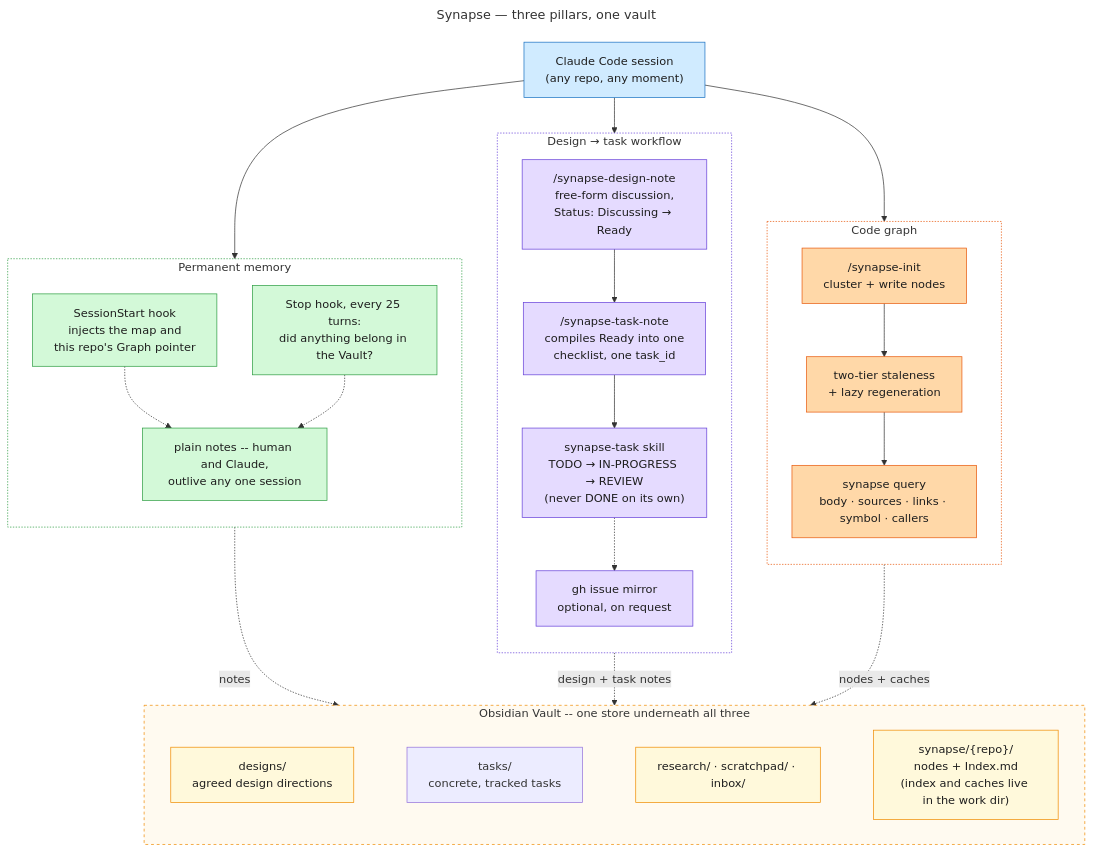
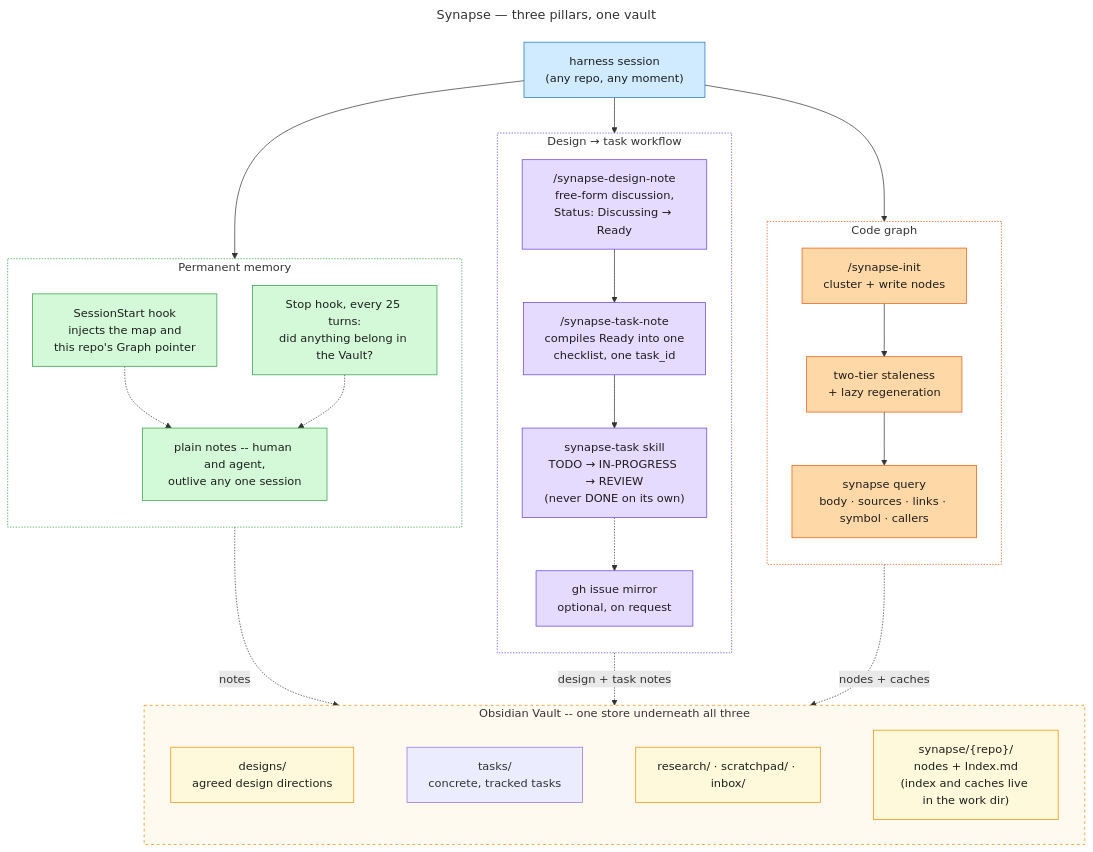
One commit to imunitic/synapse changed the diagram in docs/synapse/diagrams/synapse-overview.mmd. Above: the diagram before and after it, drawn with Mermaid. The commit also changed 5 other files, not shown here.

First line of the commit message:
docs(synapse): genericize diagram wording past Claude Code

```diff
--- a/docs/synapse/diagrams/synapse-overview.mmd
+++ b/docs/synapse/diagrams/synapse-overview.mmd
@@ -1,76 +1,76 @@
 ---
 title: Synapse — three pillars, one vault
 ---
 %% A capability-level map, not an architecture diagram -- docs/README.md's "three
 %% components" (Vault / Graph / Tools) describes what things ARE; this describes
 %% what a session actually GETS. The three pillar boxes are deliberately drawn the
 %% same size: the Graph is mechanically the most complex (two staleness tiers, a
 %% tags cache, tree-sitter), but conceptually it is one of three, not the main
 %% event -- sizing them equally is the point, not an oversight. (Subgraph titles
 %% stay one line on purpose -- a <br/> in a subgraph label, unlike a node label,
 %% collides with the first node instead of wrapping.)
 flowchart TB
     classDef session fill:#d0ebff,stroke:#1971c2,color:#1e1e1e
     classDef memory fill:#d3f9d8,stroke:#2f9e44,color:#1e1e1e
     classDef workflow fill:#e5dbff,stroke:#6741d9,color:#1e1e1e
     classDef codegraph fill:#ffd8a8,stroke:#e8590c,color:#1e1e1e
     classDef vault fill:#fff9db,stroke:#f08c00,color:#1e1e1e
 
-    SESSION["Claude Code session<br/>(any repo, any moment)"]
+    SESSION["harness session<br/>(any repo, any moment)"]
 
     subgraph MEM["Permanent memory"]
         direction TB
         M1["SessionStart hook<br/>injects the map and<br/>this repo's Graph pointer"]
         M2["Stop hook, every 25 turns:<br/>did anything belong in the Vault?"]
-        M3["plain notes -- human and Claude,<br/>outlive any one session"]
+        M3["plain notes -- human and agent,<br/>outlive any one session"]
         M1 -.-> M3
         M2 -.-> M3
     end
 
     subgraph WORK["Design → task workflow"]
         direction TB
         W1["/synapse-design-note<br/>free-form discussion,<br/>Status: Discussing → Ready"]
         W2["/synapse-task-note<br/>compiles Ready into one<br/>checklist, one task_id"]
         W3["synapse-task skill<br/>TODO → IN-PROGRESS → REVIEW<br/>(never DONE on its own)"]
         W4["gh issue mirror<br/>optional, on request"]
         W1 --> W2 --> W3 -.-> W4
     end
 
     subgraph GRAPH["Code graph"]
         direction TB
         G1["/synapse-init<br/>cluster + write nodes"]
         G2["two-tier staleness<br/>+ lazy regeneration"]
         G3["synapse query<br/>body · sources · links · symbol · callers"]
         G1 --> G2 --> G3
     end
 
     subgraph VAULT["Obsidian Vault -- one store underneath all three"]
         direction LR
         VDESIGNS["designs/<br/>agreed design directions"]
         VTASKS["tasks/<br/>concrete, tracked tasks"]
         VRESEARCH["research/ · scratchpad/ · inbox/"]
         VSYNAPSE["synapse/{repo}/<br/>nodes + Index.md<br/>(index and caches live in the work dir)"]
         VDESIGNS ~~~ VTASKS ~~~ VRESEARCH ~~~ VSYNAPSE
     end
 
     SESSION --> MEM
     SESSION --> WORK
     SESSION --> GRAPH
 
     %% One edge per pillar into the shared store, not a per-node fan-out --
     %% the point is "all three write here", not which exact folder each uses
     %% (that detail is one glance away inside the Vault box itself).
     MEM -.->|"notes"| VAULT
     WORK -.->|"design + task notes"| VAULT
     GRAPH -.->|"nodes + caches"| VAULT
 
     class SESSION session
     class M1,M2,M3 memory
     class W1,W2,W3,W4 workflow
     class G1,G2,G3 codegraph
     class VDESIGNS,VPROJECTS,VRESEARCH,VSYNAPSE vault
 
     style MEM fill:#ffffff,stroke:#2f9e44,stroke-dasharray:2 2
     style WORK fill:#ffffff,stroke:#6741d9,stroke-dasharray:2 2
     style GRAPH fill:#ffffff,stroke:#e8590c,stroke-dasharray:2 2
     style VAULT fill:#fffaf0,stroke:#f08c00,stroke-dasharray:4 4
```
